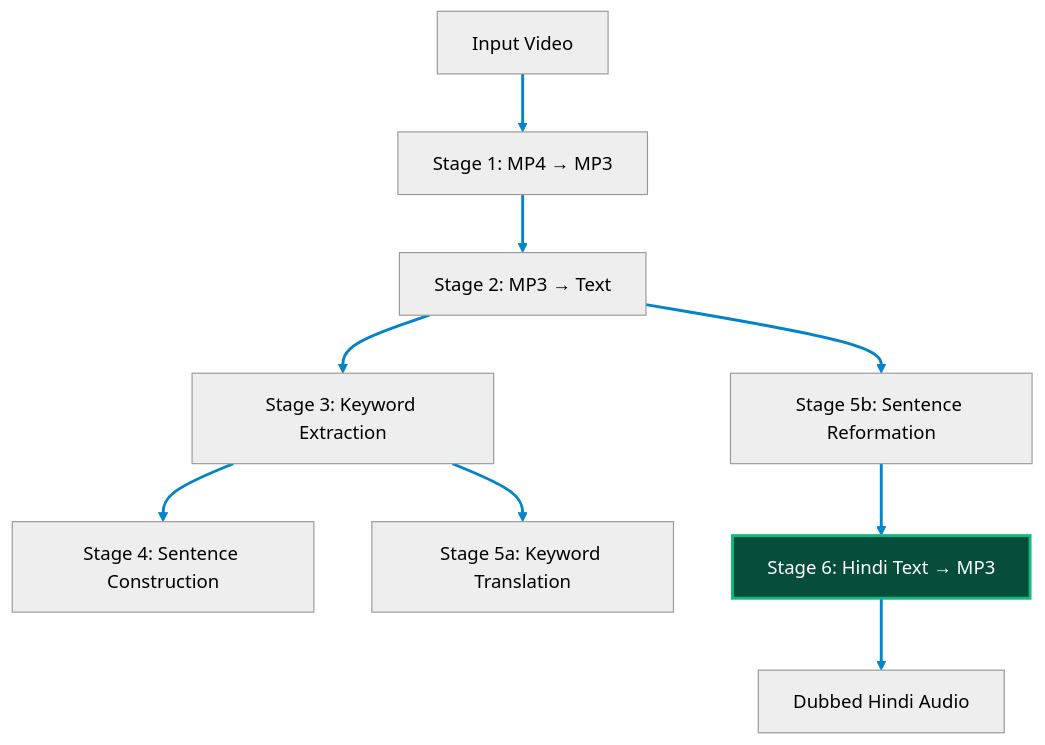
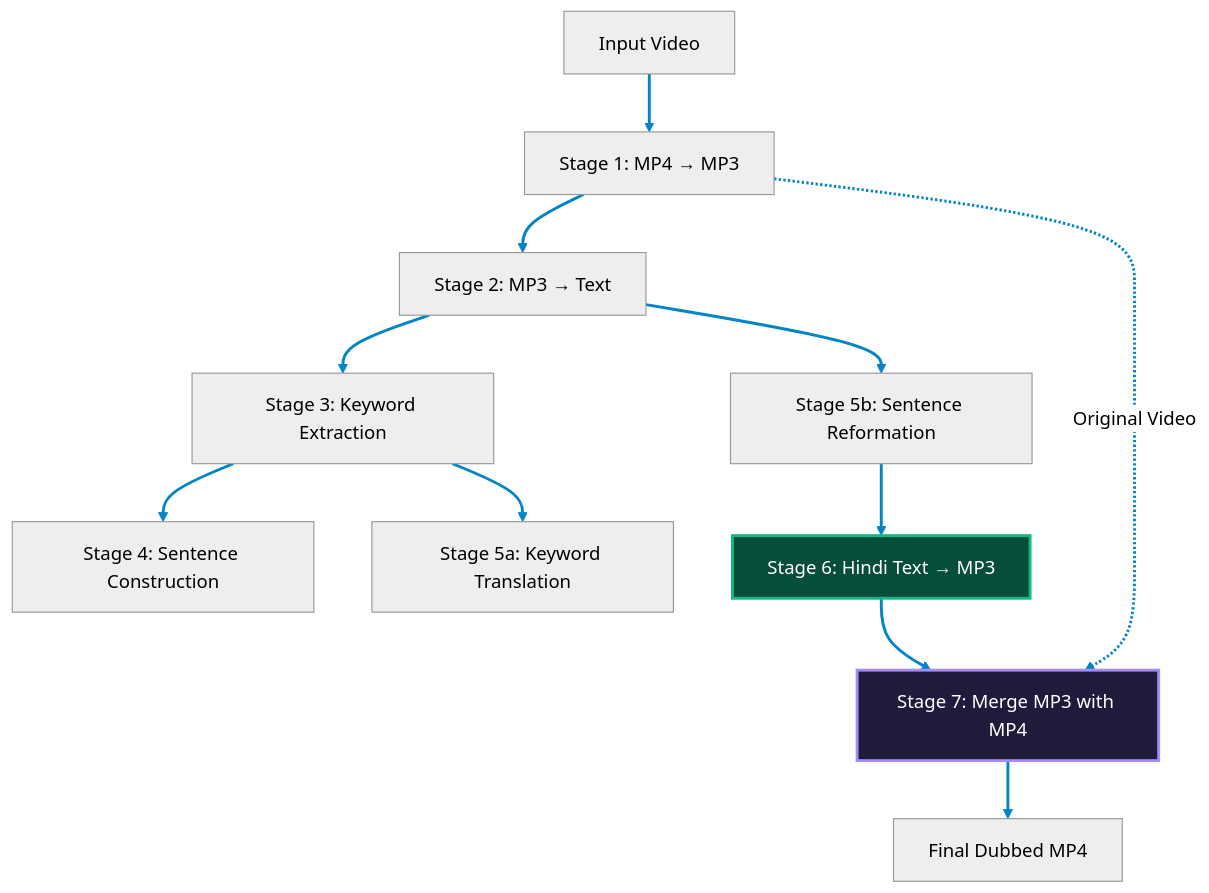
The second of 2 diagrams in 06_Converted_Text_to_MP3/README.md (Babin123456/Nativox), drawn with Mermaid (neutral theme) before and after one commit. The commit also changed other lines of this file and 1 other file, not shown here.

Commit message:
Replace emojis with SVG icons and update docs for stage 6

````diff
--- a/06_Converted_Text_to_MP3/README.md
+++ b/06_Converted_Text_to_MP3/README.md
@@ -122,16 +129,20 @@
 ```mermaid
 graph TD
     V["Input Video"] --> S1["Stage 1: MP4 → MP3"]
     S1 --> S2["Stage 2: MP3 → Text"]
     S2 --> S3["Stage 3: Keyword Extraction"]
     S3 --> S4["Stage 4: Sentence Construction"]
     S3 --> S5a["Stage 5a: Keyword Translation"]
     S2 --> S5b["Stage 5b: Sentence Reformation"]
     S5b --> S6["Stage 6: Hindi Text → MP3"]
-    S6 --> OUT["Dubbed Hindi Audio"]
+    S6 --> S7["Stage 7: Merge MP3 with MP4"]
+    S1 -.->|Original Video| S7
+    S7 --> OUT["Final Dubbed MP4"]
 
     linkStyle default stroke:#0284C7,stroke-width:2.5px;
 
     classDef active fill:#064E3B,stroke:#10B981,stroke-width:2.5px,color:#FFFFFF;
+    classDef final fill:#1E1B3B,stroke:#A78BFA,stroke-width:2.5px,color:#FFFFFF;
     class S6 active;
+    class S7 final;
 ```
````
